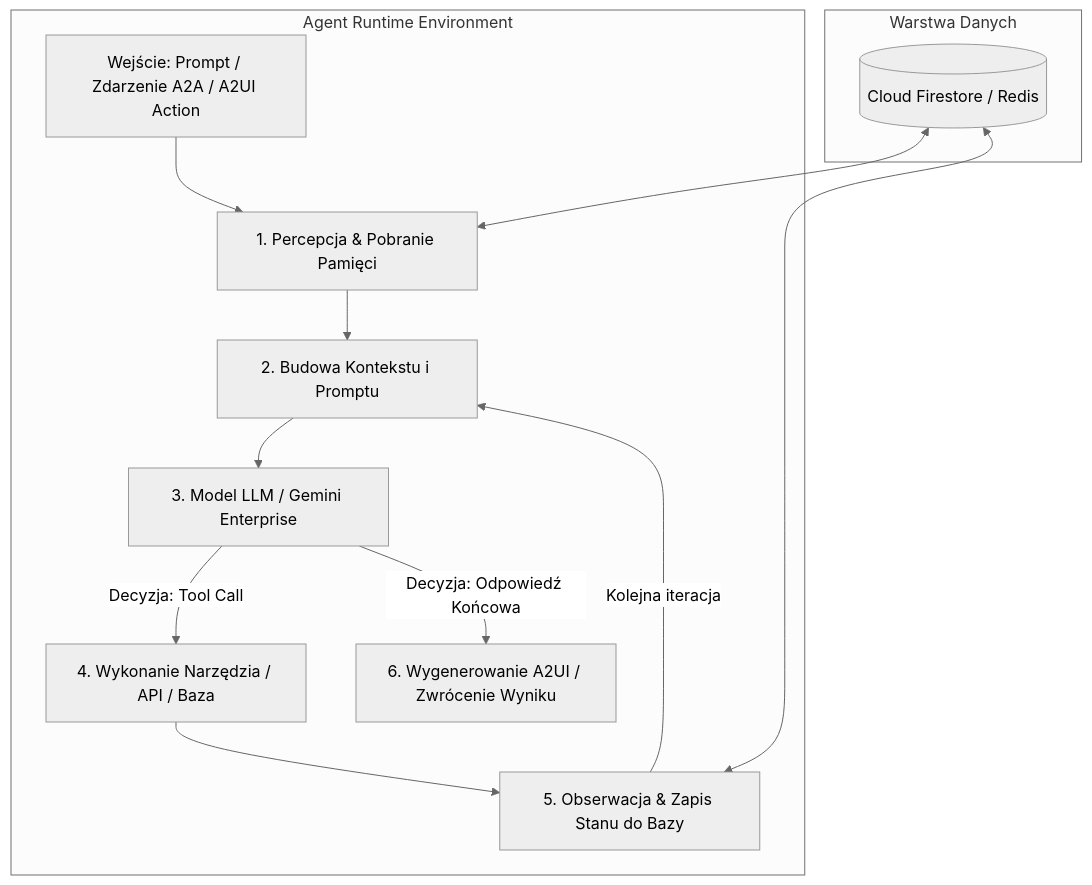
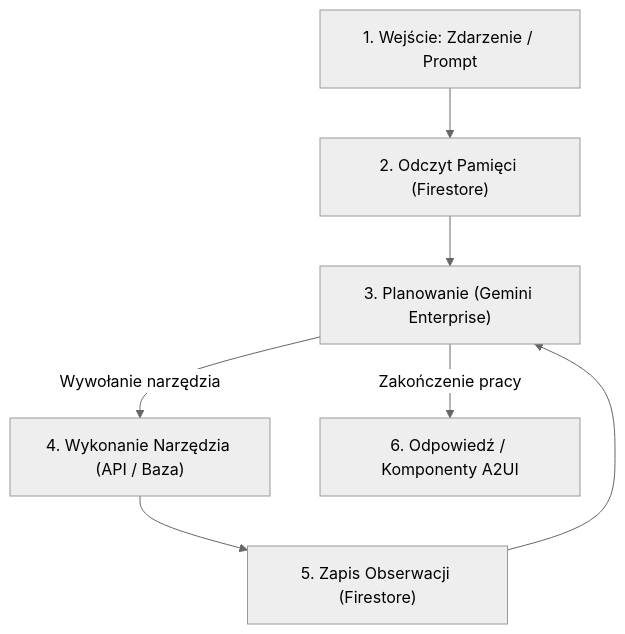
Before and after one commit to majsterkovic/a2ui: the diagram in docs/public/gcp-course/04-agent-runtime.md, drawn with Mermaid (neutral theme). The commit also changed 9 other files, not shown here.

Commit message:
docs: uproszczenie i poprawa czytelnosci diagramow w calym kursie

````diff
--- a/docs/public/gcp-course/04-agent-runtime.md
+++ b/docs/public/gcp-course/04-agent-runtime.md
@@ -13,17 +13,11 @@
 ```mermaid
 flowchart TD
-    subgraph Runtime [Agent Runtime Environment]
-        E[Wejście: Prompt / Zdarzenie A2A / A2UI Action] --> P[1. Percepcja & Pobranie Pamięci]
-        P --> C[2. Budowa Kontekstu i Promptu]
-        C --> LLM[3. Model LLM / Gemini Enterprise]
-        LLM -->|Decyzja: Tool Call| T[4. Wykonanie Narzędzia / API / Baza]
-        T --> O[5. Obserwacja & Zapis Stanu do Bazy]
-        O -->|Kolejna iteracja| C
-        LLM -->|Decyzja: Odpowiedź Końcowa| R[6. Wygenerowanie A2UI / Zwrócenie Wyniku]
-    end
-
-    subgraph StateStore [Warstwa Danych]
-        Mem[(Cloud Firestore / Redis)] <--> P
-        Mem <--> O
-    end
+    Input["1. Wejście: Zdarzenie / Prompt"] --> MemRead["2. Odczyt Pamięci (Firestore)"]
+    MemRead --> Reason["3. Planowanie (Gemini Enterprise)"]
+    
+    Reason -->|Wywołanie narzędzia| Act["4. Wykonanie Narzędzia (API / Baza)"]
+    Act --> MemWrite["5. Zapis Obserwacji (Firestore)"]
+    MemWrite --> Reason
+    
+    Reason -->|Zakończenie pracy| Output["6. Odpowiedź / Komponenty A2UI"]
 ```
````
